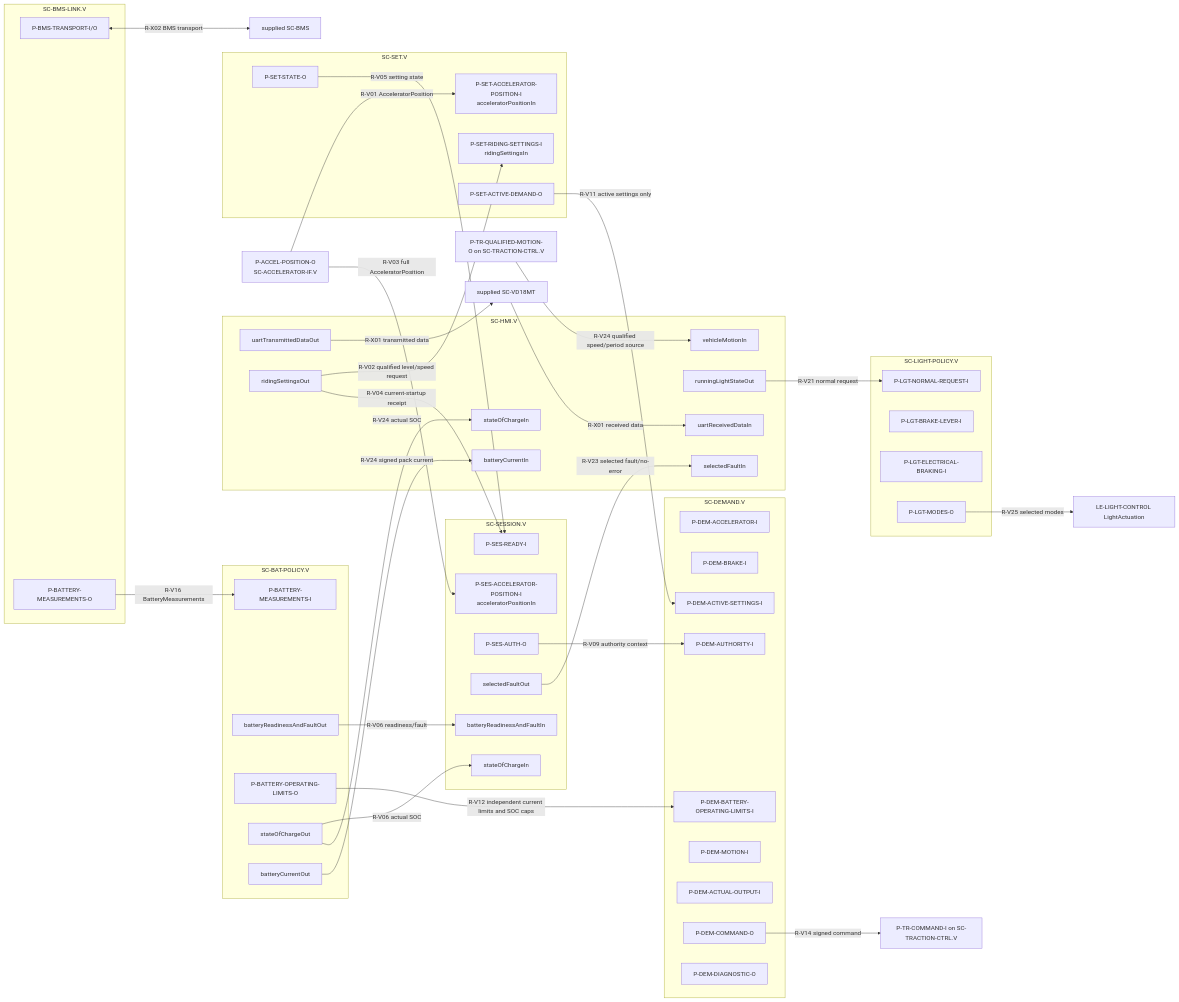
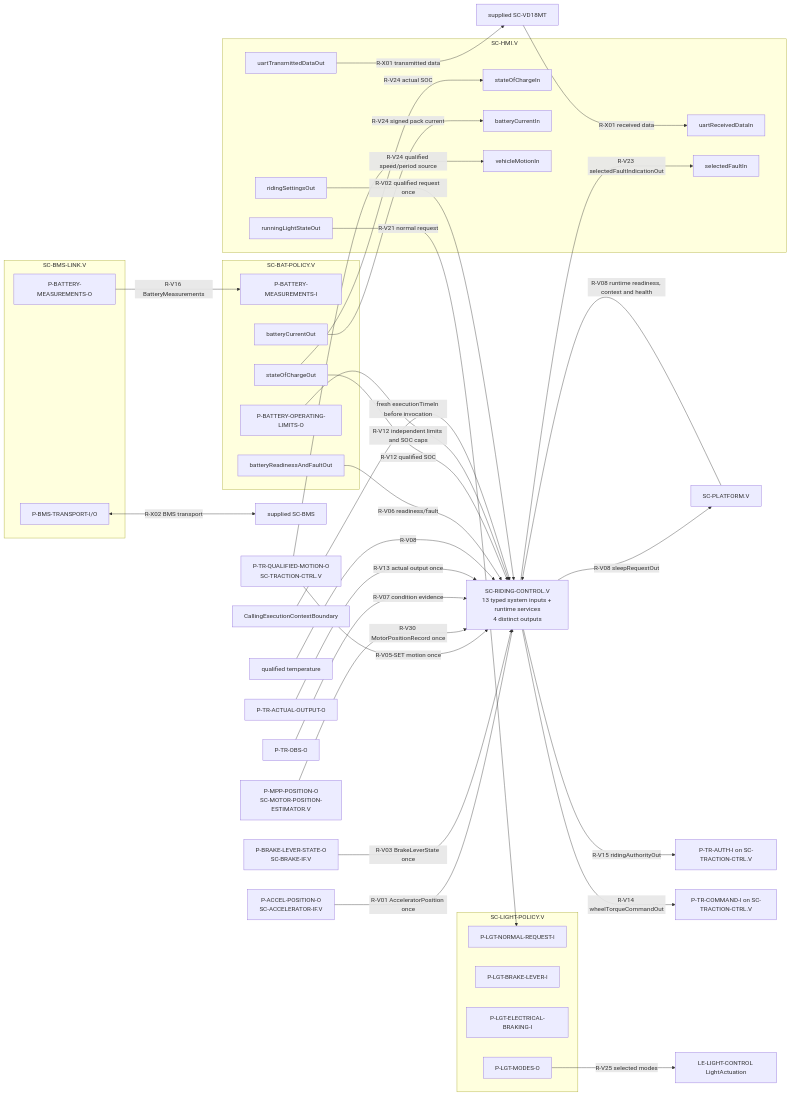
One commit to dhellhake/X2CityMCU changed the second of 4 diagrams in .devenv/Architecture/SoftwareArchitecture/ARCH-003_Software_Architecture.md. Above: the diagram before and after it, drawn with Mermaid. The commit also changed other lines of this file and 93 other files, not shown here.

Commit message:
Refactored RidingControl on System Architecture

````diff
--- a/.devenv/Architecture/SoftwareArchitecture/ARCH-003_Software_Architecture.md
+++ b/.devenv/Architecture/SoftwareArchitecture/ARCH-003_Software_Architecture.md
@@ -240,76 +223,63 @@
 ```mermaid
 flowchart LR
     subgraph HMI[SC-HMI.V]
         HRX[uartReceivedDataIn]
         HTX[uartTransmittedDataOut]
         HSE[ridingSettingsOut]
         HLI[runningLightStateOut]
         HFI[selectedFaultIn]
         HSI[stateOfChargeIn]
         HCI[batteryCurrentIn]
         HMI_MOTION[vehicleMotionIn]
     end
-    subgraph SET[SC-SET.V]
-        SRI[P-SET-RIDING-SETTINGS-I\nridingSettingsIn]
-        SAP[P-SET-ACCELERATOR-POSITION-I\nacceleratorPositionIn]
-        SSO[P-SET-STATE-O]
-        SAD[P-SET-ACTIVE-DEMAND-O]
-    end
-    subgraph SES[SC-SESSION.V]
-        SEDI[P-SES-READY-I]
-        SEA[P-SES-ACCELERATOR-POSITION-I\nacceleratorPositionIn]
-        SEAO[P-SES-AUTH-O]
-        SERO[selectedFaultOut]
-        SBR[batteryReadinessAndFaultIn]
-        SSO_SOC[stateOfChargeIn]
-    end
-    subgraph DEM[SC-DEMAND.V]
-        DAI[P-DEM-ACCELERATOR-I]
-        DBI[P-DEM-BRAKE-I]
-        DSI[P-DEM-ACTIVE-SETTINGS-I]
-        DAU[P-DEM-AUTHORITY-I]
-        DBC[P-DEM-BATTERY-OPERATING-LIMITS-I]
-        DMO[P-DEM-MOTION-I]
-        DAO[P-DEM-ACTUAL-OUTPUT-I]
-        DEO[P-DEM-COMMAND-O]
-        DDO[P-DEM-DIAGNOSTIC-O]
-    end
+    RC[SC-RIDING-CONTROL.V
+13 typed system inputs + runtime services
+4 distinct outputs]
     subgraph BMS[SC-BMS-LINK.V]
         BTI[P-BMS-TRANSPORT-I/O]
         BTO[P-BATTERY-MEASUREMENTS-O]
     end
     subgraph BAT[SC-BAT-POLICY.V]
         BFI[P-BATTERY-MEASUREMENTS-I]
         BRO[batteryReadinessAndFaultOut]
         BEO[P-BATTERY-OPERATING-LIMITS-O]
         BSO[stateOfChargeOut]
         BCO[batteryCurrentOut]
     end
     subgraph LGT[SC-LIGHT-POLICY.V]
         LNR[P-LGT-NORMAL-REQUEST-I]
         LBI[P-LGT-BRAKE-LEVER-I]
         LEBI[P-LGT-ELECTRICAL-BRAKING-I]
         LMO[P-LGT-MODES-O]
     end
     VD[supplied SC-VD18MT] -->|R-X01 received data| HRX
     HTX -->|R-X01 transmitted data| VD
-    AIP[P-ACCEL-POSITION-O\nSC-ACCELERATOR-IF.V] -->|R-V01 AcceleratorPosition| SAP
-    AIP -->|R-V03 full AcceleratorPosition| SEA
-    HSE -->|R-V02 qualified level/speed request| SRI
-    HSE -->|R-V04 current-startup receipt| SEDI
-    SSO -->|R-V05 setting state| SEDI
-    SEAO -->|R-V09 authority context| DAU
-    SAD -->|R-V11 active settings only| DSI
-    DEO -->|R-V14 signed command| TCI[P-TR-COMMAND-I on SC-TRACTION-CTRL.V]
+    AIP[P-ACCEL-POSITION-O
+SC-ACCELERATOR-IF.V] -->|R-V01 AcceleratorPosition once| RC
+    BSOI[P-BRAKE-LEVER-STATE-O
+SC-BRAKE-IF.V] -->|R-V03 BrakeLeverState once| RC
+    HSE -->|R-V02 qualified request once| RC
+    TMO[P-TR-QUALIFIED-MOTION-O
+SC-TRACTION-CTRL.V] -->|R-V05-SET motion once| RC
+    MPO[P-MPP-POSITION-O
+SC-MOTOR-POSITION-ESTIMATOR.V] -->|R-V30 MotorPositionRecord once| RC
+    TOB[P-TR-OBS-O] -->|R-V07 condition evidence| RC
+    TAO[P-TR-ACTUAL-OUTPUT-O] -->|R-V13 actual output once| RC
+    QTI[qualified temperature] -->|R-V08| RC
+    BRO -->|R-V06 readiness/fault| RC
+    BSO -->|R-V12 qualified SOC| RC
+    BEO -->|R-V12 independent limits and SOC caps| RC
+    PLT[SC-PLATFORM.V] -->|R-V08 runtime readiness, context and health| RC
+    CALL[CallingExecutionContextBoundary] -->|fresh executionTimeIn before invocation| RC
+    RC -->|R-V15 ridingAuthorityOut| TAI[P-TR-AUTH-I on SC-TRACTION-CTRL.V]
+    RC -->|R-V14 wheelTorqueCommandOut| TCI[P-TR-COMMAND-I on SC-TRACTION-CTRL.V]
+    RC -->|R-V23 selectedFaultIndicationOut| HFI
+    RC -->|R-V08 sleepRequestOut| PLT
     BTI <-->|R-X02 BMS transport| SB[supplied SC-BMS]
     BTO -->|R-V16 BatteryMeasurements| BFI
-    BRO -->|R-V06 readiness/fault| SBR
-    BSO -->|R-V06 actual SOC| SSO_SOC
-    BEO -->|R-V12 independent current limits and SOC caps| DBC
     HLI -->|R-V21 normal request| LNR
-    SERO -->|R-V23 selected fault/no-error| HFI
     BSO -->|R-V24 actual SOC| HSI
     BCO -->|R-V24 signed pack current| HCI
-    TMO2[P-TR-QUALIFIED-MOTION-O on SC-TRACTION-CTRL.V] -->|R-V24 qualified speed/period source| HMI_MOTION
+    TMO -->|R-V24 qualified speed/period source| HMI_MOTION
     LMO -->|R-V25 selected modes| AUX[LE-LIGHT-CONTROL LightActuation]
 ```
````
